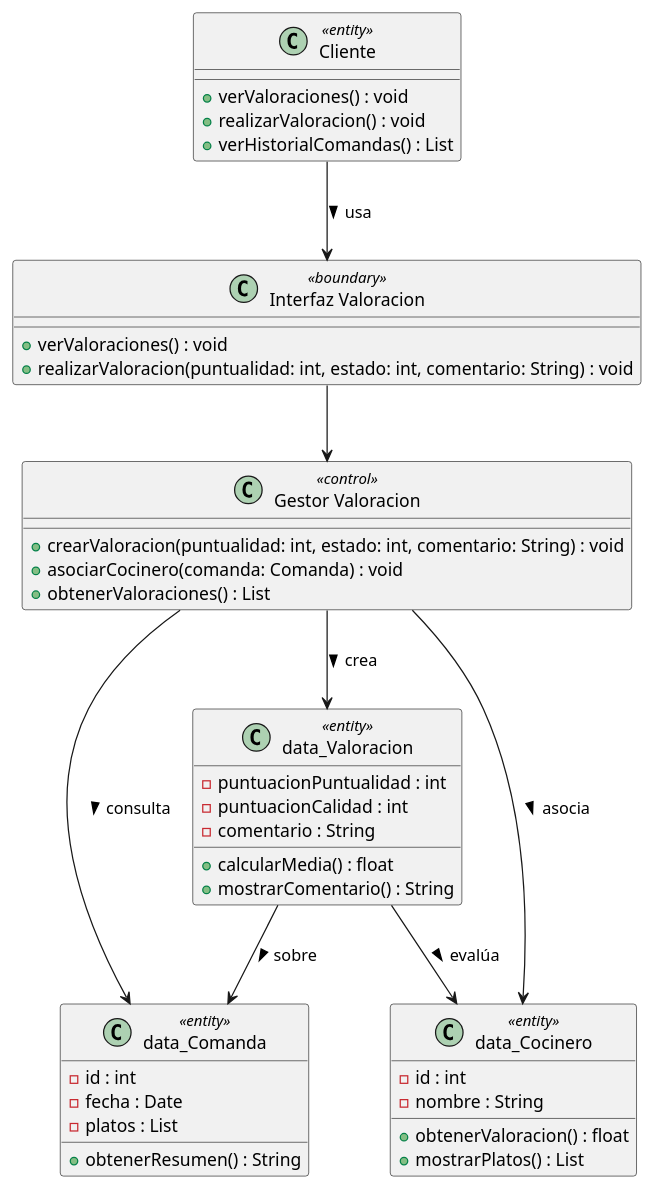
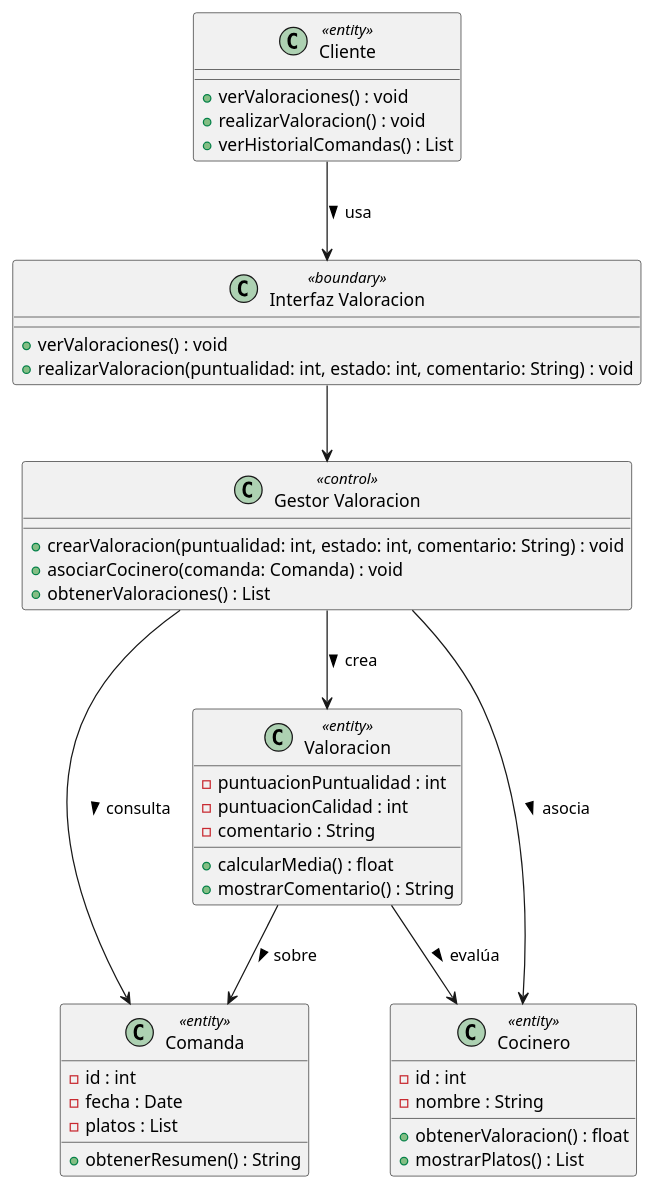
One commit to dabien3/ES25UAB-511-05 changed the diagram in documents/Diagrama Clases/CodeUML/bloq5.pUML. Above: the diagram before and after it, drawn with PlantUML.

```diff
--- a/documents/Diagrama Clases/CodeUML/bloq5.pUML
+++ b/documents/Diagrama Clases/CodeUML/bloq5.pUML
@@ -1,55 +1,51 @@
 @startuml
-
 
 class Cliente <<entity>> {
   +verValoraciones() : void
   +realizarValoracion() : void
   +verHistorialComandas() : List
 }
 
-class "data_Valoracion" as Valoracion <<entity>> {
+class Valoracion <<entity>> {
   - puntuacionPuntualidad : int
   - puntuacionCalidad : int
   - comentario : String
   + calcularMedia() : float
   + mostrarComentario() : String
 }
 
-class "data_Comanda" as Comanda <<entity>> {
+class Comanda <<entity>> {
   - id : int
   - fecha : Date
   - platos : List
   + obtenerResumen() : String
 }
 
-class "data_Cocinero" as Cocinero <<entity>> {
+class Cocinero <<entity>> {
   - id : int
   - nombre : String
   + obtenerValoracion() : float
   + mostrarPlatos() : List
 }
 
-
 class "Interfaz Valoracion" as InterfazValoracion <<boundary>> {
   +verValoraciones() : void
   +realizarValoracion(puntualidad: int, estado: int, comentario: String) : void
 }
-
 
 class "Gestor Valoracion" as GestorValoracion <<control>> {
   +crearValoracion(puntualidad: int, estado: int, comentario: String) : void
   +asociarCocinero(comanda: Comanda) : void
   +obtenerValoraciones() : List
 }
-
 
 Cliente --> InterfazValoracion : usa >
 InterfazValoracion --> GestorValoracion
 GestorValoracion --> Valoracion : crea >
 GestorValoracion --> Comanda : consulta >
 GestorValoracion --> Cocinero : asocia >
 
 Valoracion --> Cocinero : evalúa >
 Valoracion --> Comanda : sobre >
 
 @enduml
```
